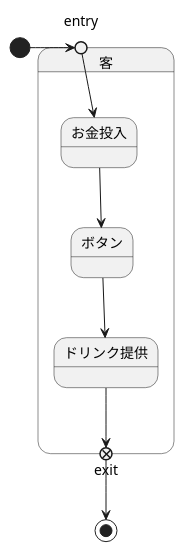
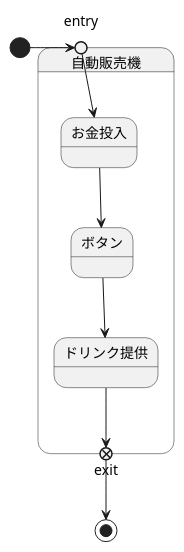
The diagram in 演習6-4-5_ステートマシン図_自動販売機.pu (useruser0123/uml-introduction), drawn with PlantUML before and after one commit.

Commit message:
演習　修正

```diff
--- a/演習6-4-5_ステートマシン図_自動販売機.pu
+++ b/演習6-4-5_ステートマシン図_自動販売機.pu
@@ -1,15 +1,15 @@
 @startuml
 
-state 客 {
+state 自動販売機 {
     state entry <<entryPoint>>
     state exit <<exitPoint>>
 
   entry --> お金投入
   お金投入 --> ボタン
   ボタン --> ドリンク提供
   ドリンク提供 --> exit
 }
 [*] -right-> entry
 exit -down-> [*]
 
 @enduml
```
